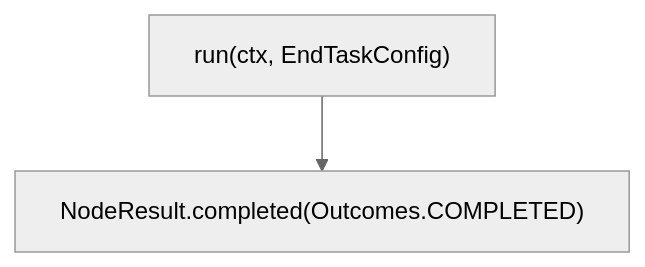
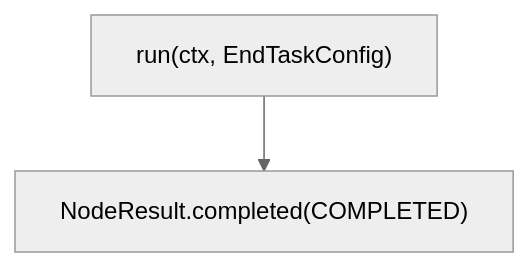
Before and after one commit to michelleclar/Infrastructure: diagram 22 of 23 in infrastructure-component-workflow-core/docs/CALL_GRAPH.md, drawn with Mermaid (neutral theme). The commit also changed other lines of this file and 58 other files, not shown here.

````diff
--- a/infrastructure-component-workflow-core/docs/CALL_GRAPH.md
+++ b/infrastructure-component-workflow-core/docs/CALL_GRAPH.md
@@ -570,4 +565,4 @@
 ```mermaid
 flowchart TD
-    A["run(ctx, EndTaskConfig)"] --> B["NodeResult.completed(Outcomes.COMPLETED)"]
+    A["run(ctx, EndTaskConfig)"] --> B["NodeResult.completed(COMPLETED)"]
 ```
````
